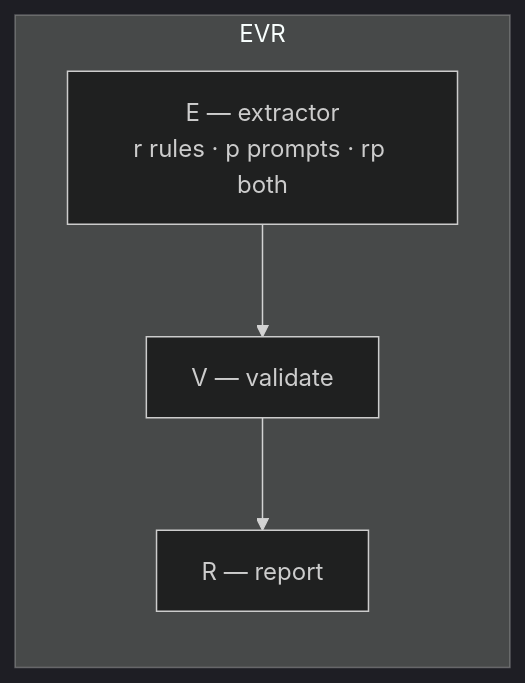
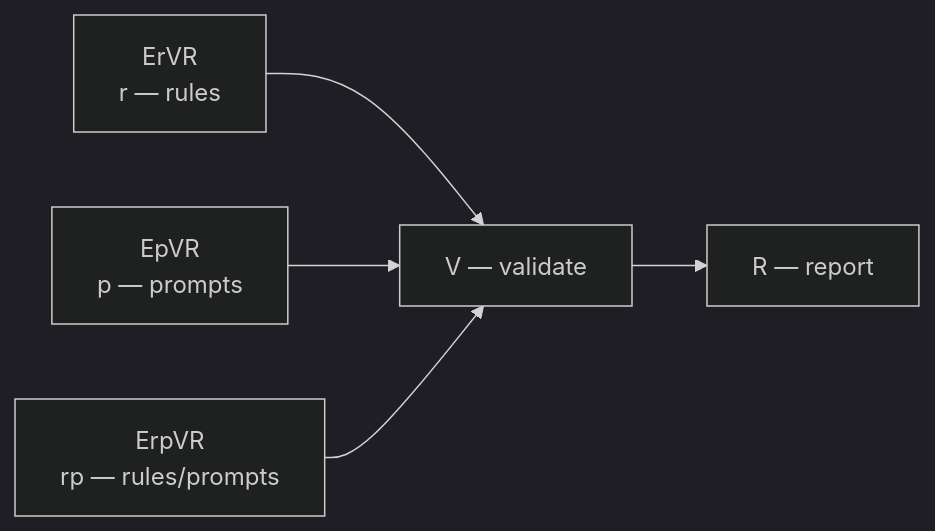
One commit to mariogarcia-ar/docflow changed the first of 8 diagrams in workflow.md. Above: the diagram before and after it, drawn with Mermaid (dark theme). The commit also changed other lines of this file, not shown here.

Commit message:
Clarify documentation on pipeline primitives, specifying the three extractor modes and their relationship to the material prefix.

````diff
--- a/workflow.md
+++ b/workflow.md
@@ -106,6 +106,7 @@
 ```mermaid
 graph LR
-    subgraph EVR["EVR"]
-        B["E — extractor<br/>r rules · p prompts · rp both"] --> C["V — validate"] --> D["R — report"]
-    end
+    ErVR["ErVR<br/>r — rules"] --> V
+    EpVR["EpVR<br/>p — prompts"] --> V
+    ErpVR["ErpVR<br/>rp — rules/prompts"] --> V
+    V["V — validate"] --> R["R — report"]
 ```
````
